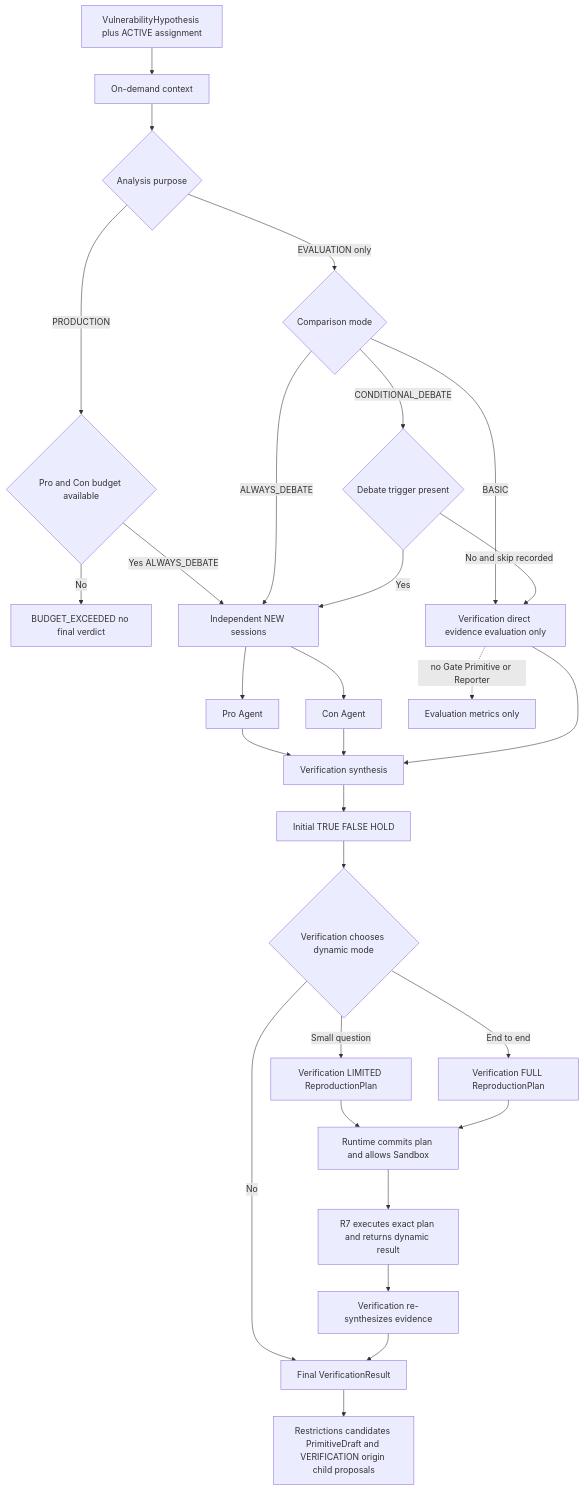
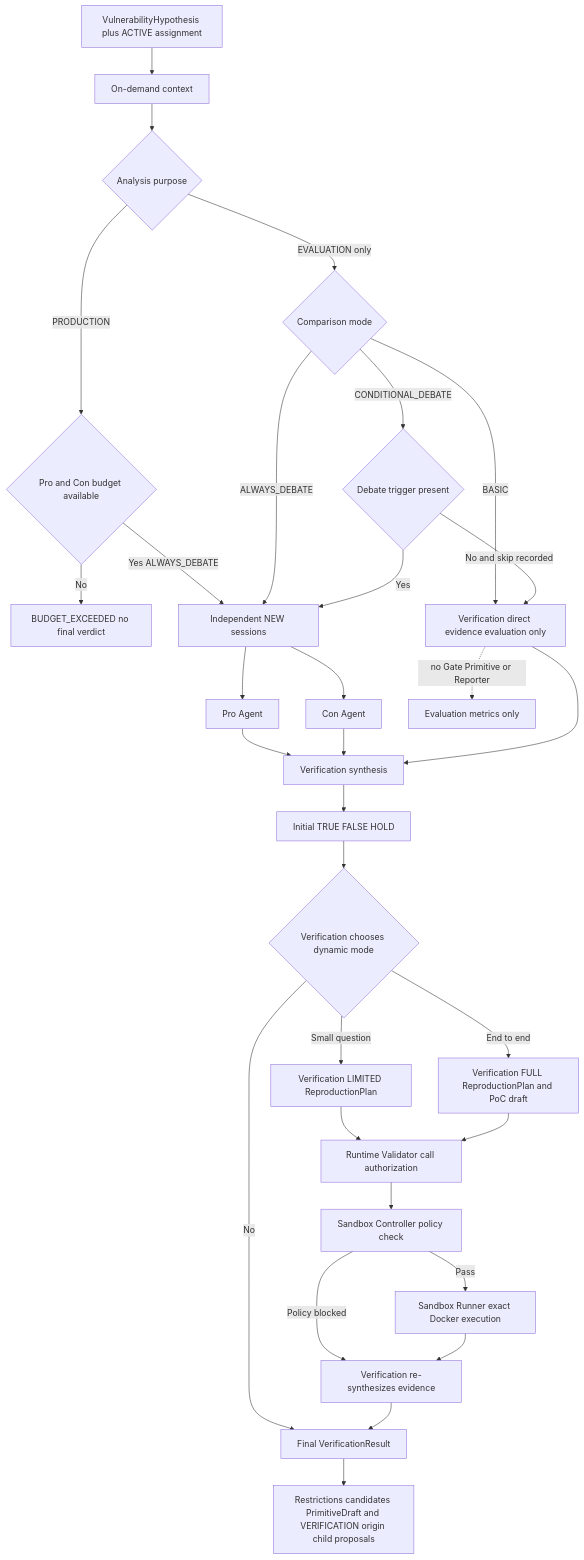
Before and after one commit to SASTsimi/sastsimi: the fourth of 13 diagrams in docs/architecture-v5/13-architecture-diagrams.md, drawn with Mermaid. The commit also changed other lines of this file and 22 other files, not shown here.

Commit message:
docs: separate sandbox policy enforcement

````diff
--- a/docs/architecture-v5/13-architecture-diagrams.md
+++ b/docs/architecture-v5/13-architecture-diagrams.md
@@ -121,31 +123,33 @@
 ```mermaid
 flowchart TB
     HYP[VulnerabilityHypothesis plus ACTIVE assignment] --> CTX[On-demand context]
     CTX --> PURPOSE{Analysis purpose}
     PURPOSE -->|PRODUCTION| BUDGET{Pro and Con budget available}
     BUDGET -->|No| STOP[BUDGET_EXCEEDED no final verdict]
     BUDGET -->|Yes ALWAYS_DEBATE| FORK[Independent NEW sessions]
     PURPOSE -->|EVALUATION only| MODE{Comparison mode}
     MODE -->|BASIC| BASIC[Verification direct evidence evaluation only]
     MODE -->|CONDITIONAL_DEBATE| TRIGGER{Debate trigger present}
     MODE -->|ALWAYS_DEBATE| FORK
     TRIGGER -->|No and skip recorded| BASIC
     TRIGGER -->|Yes| FORK
     FORK --> PRO[Pro Agent]
     FORK --> CON[Con Agent]
     PRO --> SYN[Verification synthesis]
     CON --> SYN
     BASIC --> SYN
     BASIC -. no Gate Primitive or Reporter .-> METRICS[Evaluation metrics only]
     SYN --> INITIAL[Initial TRUE FALSE HOLD]
     INITIAL --> DYN{Verification chooses dynamic mode}
     DYN -->|No| FINAL[Final VerificationResult]
     DYN -->|Small question| LIMITED[Verification LIMITED ReproductionPlan]
-    DYN -->|End to end| FULL[Verification FULL ReproductionPlan]
-    LIMITED --> AUTH[Runtime commits plan and allows Sandbox]
+    DYN -->|End to end| FULL[Verification FULL ReproductionPlan and PoC draft]
+    LIMITED --> AUTH[Runtime Validator call authorization]
     FULL --> AUTH
-    AUTH --> EXEC[R7 executes exact plan and returns dynamic result]
-    EXEC --> SYN2[Verification re-synthesizes evidence]
+    AUTH --> CTRL[Sandbox Controller policy check]
+    CTRL -->|Pass| RUNNER[Sandbox Runner exact Docker execution]
+    CTRL -->|Policy blocked| SYN2[Verification re-synthesizes evidence]
+    RUNNER --> SYN2
     SYN2 --> FINAL
     FINAL --> OUT[Restrictions candidates PrimitiveDraft and VERIFICATION origin child proposals]
 ```
````
